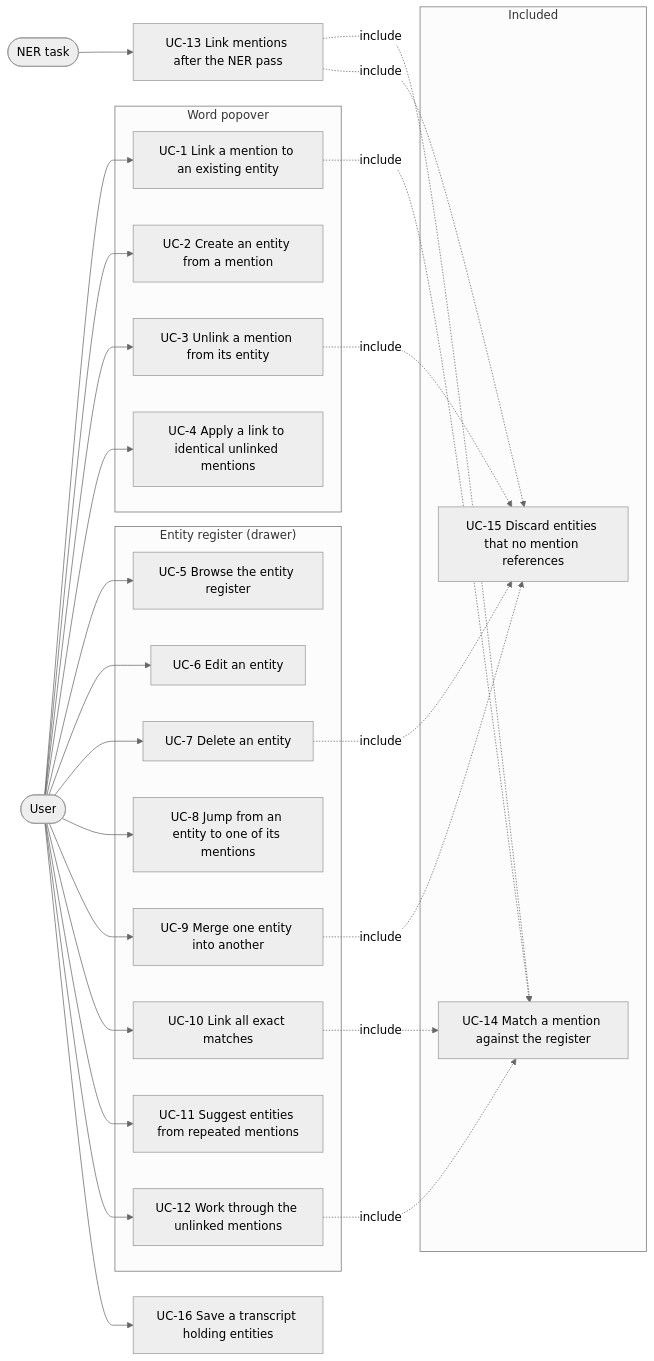
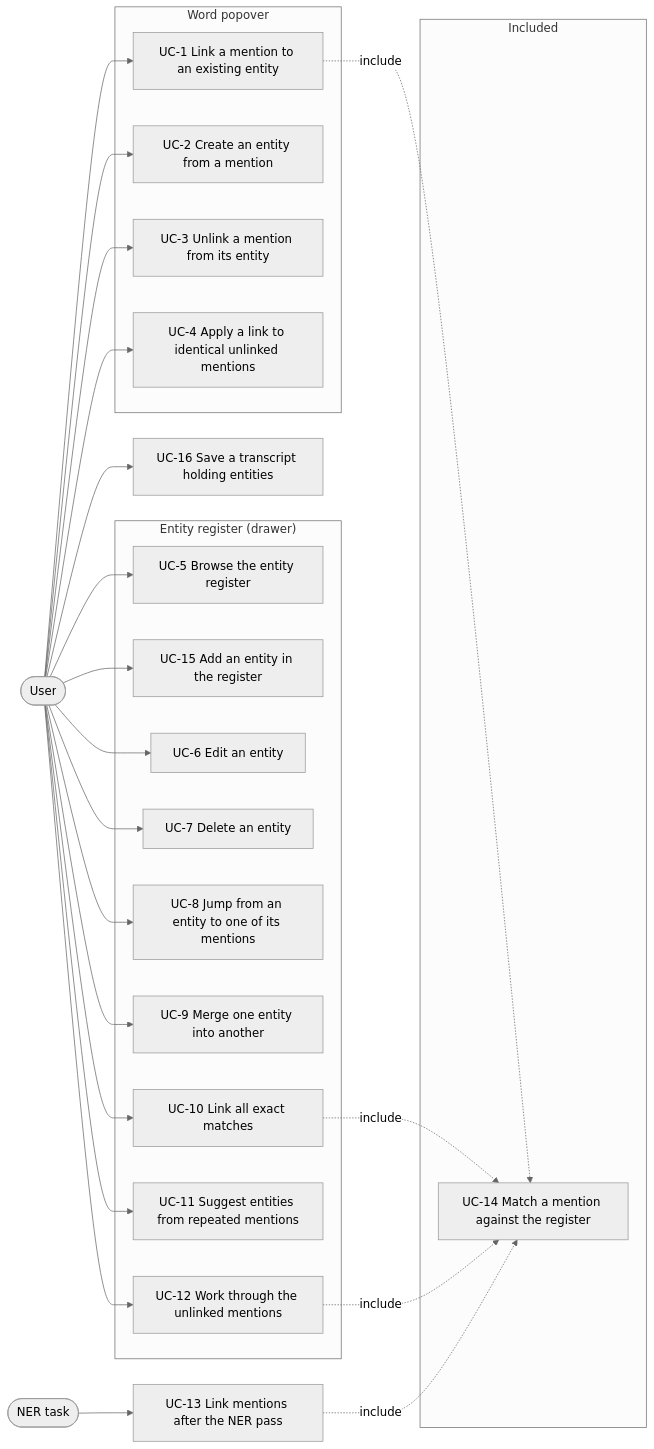
One commit to asr4memory/mmt-py changed the first of 3 diagrams in specs/2026-07-31-canonical-entities.md. Above: the diagram before and after it, drawn with Mermaid (neutral theme). The commit also changed other lines of this file, not shown here.

Commit message:
Revise the canonical entities spec

````diff
--- a/specs/2026-07-31-canonical-entities.md
+++ b/specs/2026-07-31-canonical-entities.md
@@ -112,56 +125,52 @@
 ```mermaid
 flowchart LR
   user([User])
   ner([NER task])
 
   subgraph popover["Word popover"]
     uc1[UC-1 Link a mention to an existing entity]
     uc2[UC-2 Create an entity from a mention]
     uc3[UC-3 Unlink a mention from its entity]
     uc4[UC-4 Apply a link to identical unlinked mentions]
   end
 
   subgraph register["Entity register (drawer)"]
     uc5[UC-5 Browse the entity register]
+    uc15[UC-15 Add an entity in the register]
     uc6[UC-6 Edit an entity]
     uc7[UC-7 Delete an entity]
     uc8[UC-8 Jump from an entity to one of its mentions]
     uc9[UC-9 Merge one entity into another]
     uc10[UC-10 Link all exact matches]
     uc11[UC-11 Suggest entities from repeated mentions]
     uc12[UC-12 Work through the unlinked mentions]
   end
 
   subgraph shared["Included"]
     uc14[UC-14 Match a mention against the register]
-    uc15[UC-15 Discard entities that no mention references]
   end
 
   uc13[UC-13 Link mentions after the NER pass]
   uc16[UC-16 Save a transcript holding entities]
 
   user --> uc1
   user --> uc2
   user --> uc3
   user --> uc4
   user --> uc5
+  user --> uc15
   user --> uc6
   user --> uc7
   user --> uc8
   user --> uc9
   user --> uc10
   user --> uc11
   user --> uc12
   user --> uc16
   ner --> uc13
 
   uc1 -. include .-> uc14
   uc10 -. include .-> uc14
   uc12 -. include .-> uc14
   uc13 -. include .-> uc14
-
-  uc3 -. include .-> uc15
-  uc7 -. include .-> uc15
-  uc9 -. include .-> uc15
-  uc13 -. include .-> uc15
 ```
````
